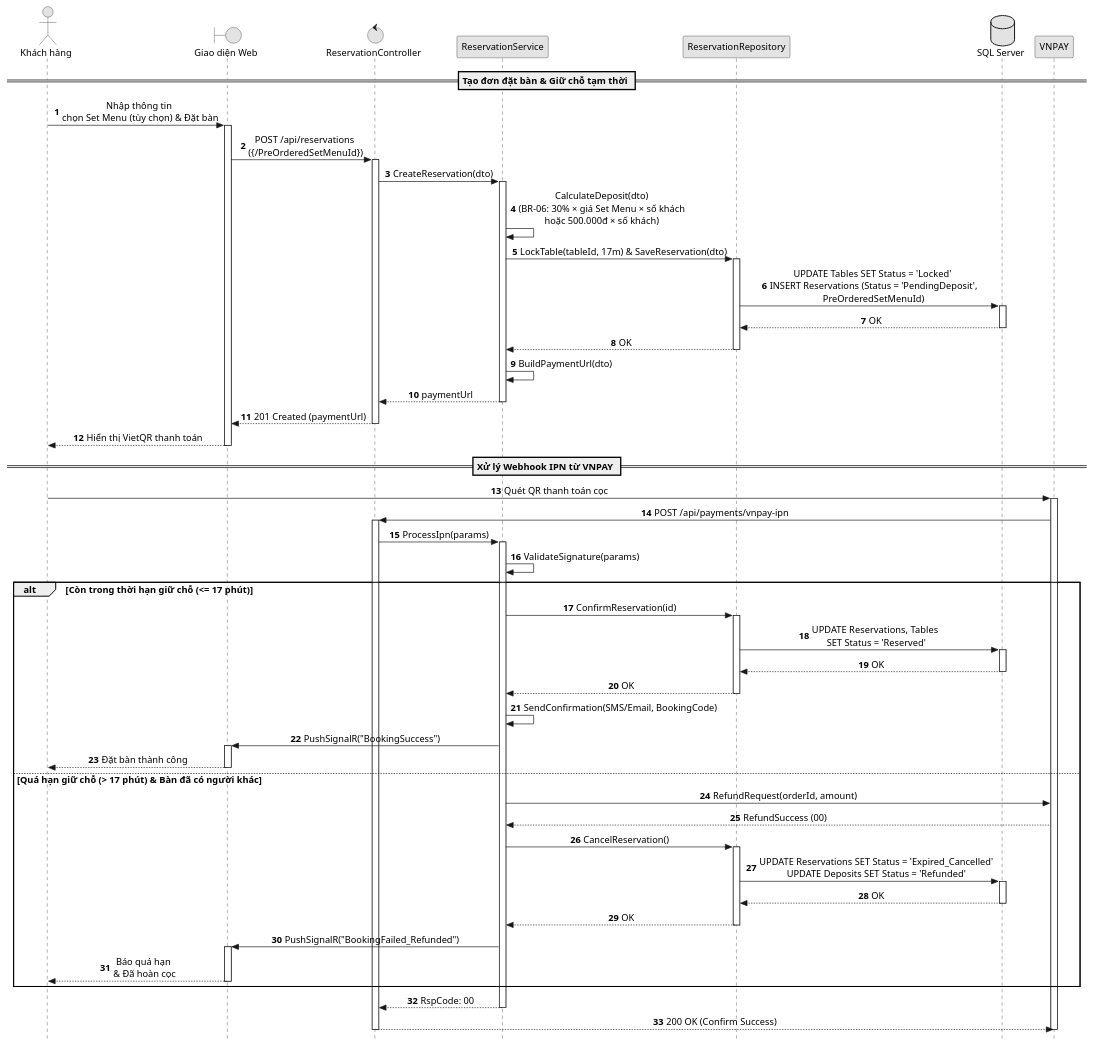
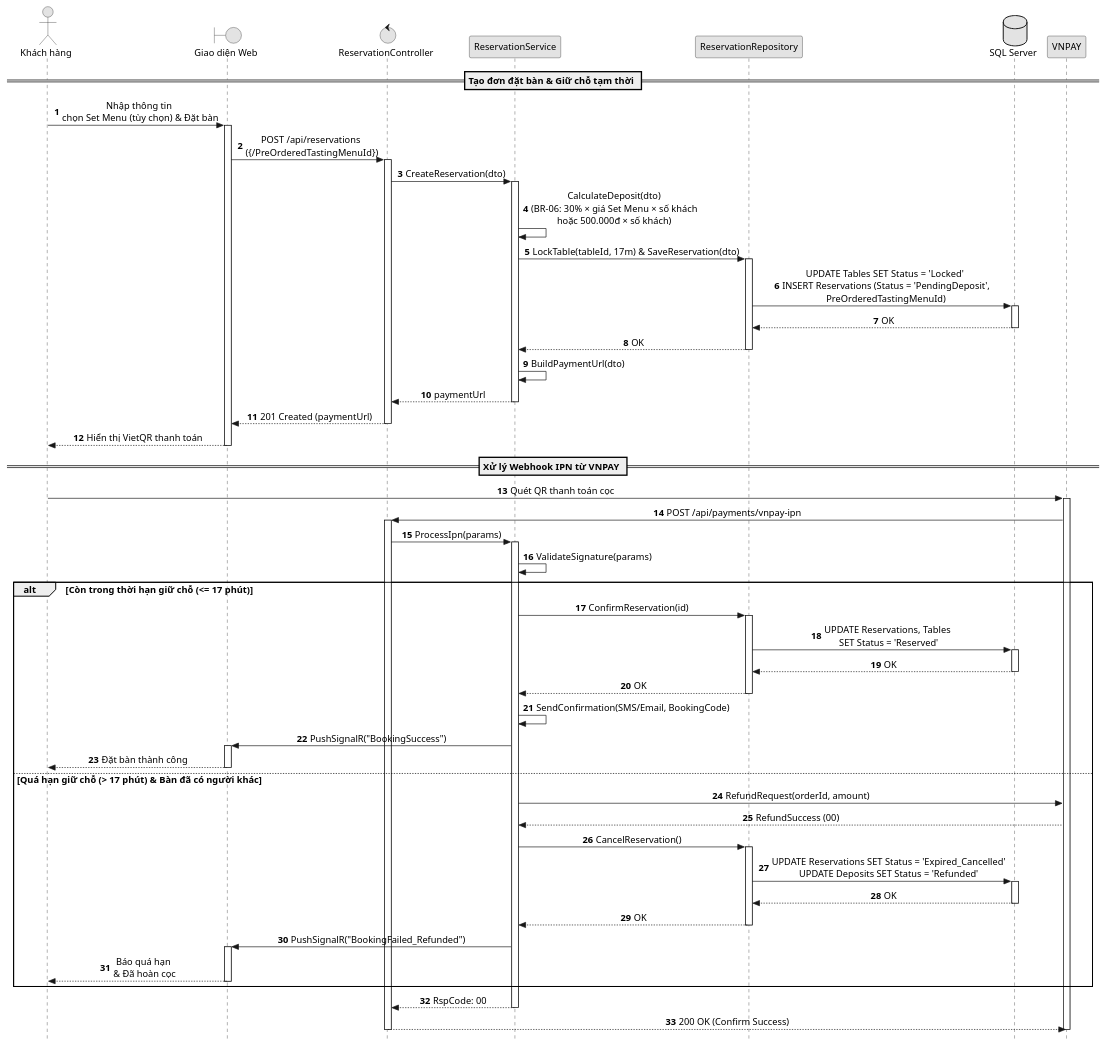
One commit to AndrewQng/VinDining changed the diagram in docs/Diagram/puml/sequences/SD_UC_U1_Reservation_Deposit.puml. Above: the diagram before and after it, drawn with PlantUML. The commit also changed 2 other files, not shown here.

Commit message:
docs: rename PreOrderedSetMenuId to PreOrderedTastingMenuId in sequence diagrams and open questions

```diff
--- a/docs/Diagram/puml/sequences/SD_UC_U1_Reservation_Deposit.puml
+++ b/docs/Diagram/puml/sequences/SD_UC_U1_Reservation_Deposit.puml
@@ -1,107 +1,107 @@
 @startuml SD_UC_U1_Reservation_Deposit
 autonumber
 skinparam style strictuml
 skinparam monochrome true
 skinparam shadowing false
 skinparam sequenceMessageAlign center
 skinparam responseMessageBelowArrow true
 skinparam defaultFontName "Segoe UI", Arial, sans-serif
 skinparam defaultFontSize 14
 
 actor "Khách hàng" as Guest
 boundary "Giao diện Web" as UI
 control "ReservationController" as Controller
 participant "ReservationService" as Service
 participant "ReservationRepository" as Repo
 database "SQL Server" as DB
 participant "VNPAY" as VNPAY
 
 == Tạo đơn đặt bàn & Giữ chỗ tạm thời ==
 
 Guest -> UI: Nhập thông tin \nchọn Set Menu (tùy chọn) & Đặt bàn
 activate UI
 
-UI -> Controller: POST /api/reservations \n({/PreOrderedSetMenuId})
+UI -> Controller: POST /api/reservations \n({/PreOrderedTastingMenuId})
 activate Controller
 
 Controller -> Service: CreateReservation(dto)
 activate Service
 
 Service -> Service: CalculateDeposit(dto)\n(BR-06: 30% × giá Set Menu × số khách\nhoặc 500.000đ × số khách)
 Service -> Repo: LockTable(tableId, 17m) & SaveReservation(dto)
 activate Repo
 
-Repo -> DB: UPDATE Tables SET Status = 'Locked' \nINSERT Reservations (Status = 'PendingDeposit',\nPreOrderedSetMenuId)
+Repo -> DB: UPDATE Tables SET Status = 'Locked' \nINSERT Reservations (Status = 'PendingDeposit',\nPreOrderedTastingMenuId)
 activate DB
 DB --> Repo: OK
 deactivate DB
 
 Repo --> Service: OK
 deactivate Repo
 
 Service -> Service: BuildPaymentUrl(dto)
 Service --> Controller: paymentUrl
 deactivate Service
 
 Controller --> UI: 201 Created (paymentUrl)
 deactivate Controller
 
 UI --> Guest: Hiển thị VietQR thanh toán
 deactivate UI
 
 == Xử lý Webhook IPN từ VNPAY ==
 
 Guest -> VNPAY: Quét QR thanh toán cọc
 activate VNPAY
 
 VNPAY -> Controller: POST /api/payments/vnpay-ipn
 activate Controller
 
 Controller -> Service: ProcessIpn(params)
 activate Service
 
 Service -> Service: ValidateSignature(params)
 
 alt Còn trong thời hạn giữ chỗ (<= 17 phút)
     Service -> Repo: ConfirmReservation(id)
     activate Repo
     Repo -> DB: UPDATE Reservations, Tables \nSET Status = 'Reserved'
     activate DB
     DB --> Repo: OK
     deactivate DB
     Repo --> Service: OK
     deactivate Repo
 
     Service -> Service: SendConfirmation(SMS/Email, BookingCode)
     Service -> UI: PushSignalR("BookingSuccess")
     activate UI
     UI --> Guest: Đặt bàn thành công
     deactivate UI
 
 else Quá hạn giữ chỗ (> 17 phút) & Bàn đã có người khác
     Service -> VNPAY: RefundRequest(orderId, amount)
     VNPAY --> Service: RefundSuccess (00)
     
     Service -> Repo: CancelReservation()
     activate Repo
     Repo -> DB: UPDATE Reservations SET Status = 'Expired_Cancelled'\nUPDATE Deposits SET Status = 'Refunded'
     activate DB
     DB --> Repo: OK
     deactivate DB
     Repo --> Service: OK
     deactivate Repo
 
     Service -> UI: PushSignalR("BookingFailed_Refunded")
     activate UI
     UI --> Guest: Báo quá hạn \n& Đã hoàn cọc
     deactivate UI
 end
 
 Service --> Controller: RspCode: 00
 deactivate Service
 
 Controller --> VNPAY: 200 OK (Confirm Success)
 deactivate Controller
 deactivate VNPAY
 
 @enduml
```
